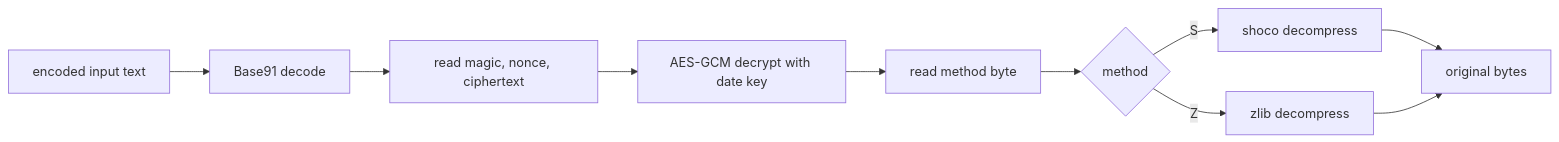
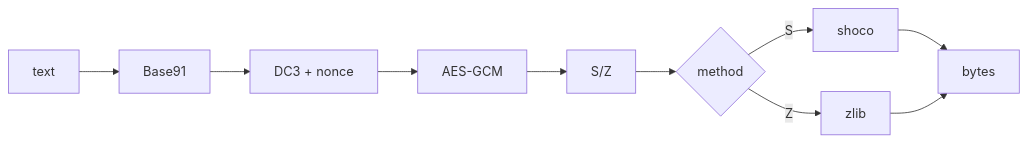
Before and after one commit to smprather/text-serdes: the second of 2 diagrams in README.md, drawn with Mermaid. The commit also changed other lines of this file, not shown here.

Commit message:
Shorten README diagram labels

````diff
--- a/README.md
+++ b/README.md
@@ -79,12 +79,12 @@
 ```mermaid
 flowchart LR
-    J["encoded input text"] --> K["Base91 decode"]
-    K --> L["read magic, nonce, ciphertext"]
-    L --> M["AES-GCM decrypt with date key"]
-    M --> N["read method byte"]
+    J["text"] --> K["Base91"]
+    K --> L["DC3 + nonce"]
+    L --> M["AES-GCM"]
+    M --> N["S/Z"]
     N --> O{"method"}
-    O -->|"S"| P["shoco decompress"]
-    O -->|"Z"| Q["zlib decompress"]
-    P --> R["original bytes"]
+    O -->|"S"| P["shoco"]
+    O -->|"Z"| Q["zlib"]
+    P --> R["bytes"]
     Q --> R
 ```
````
